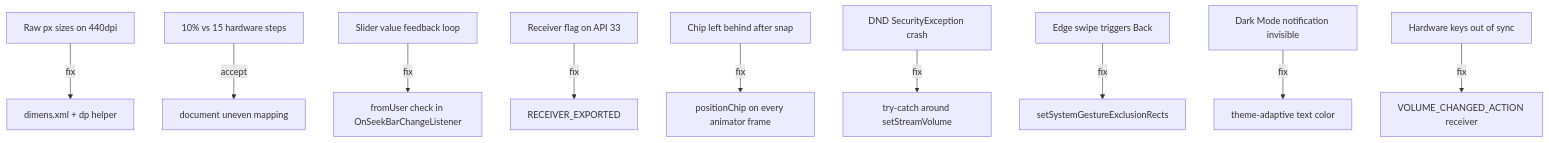
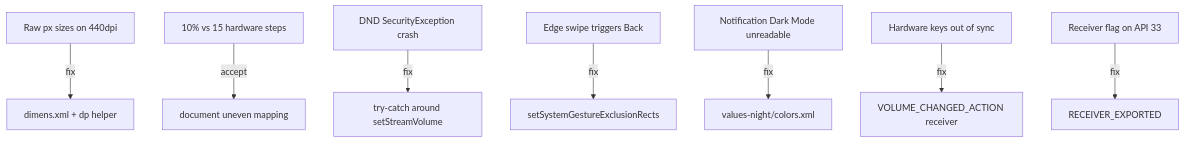
The diagram in docs/DECISIONS_AND_TRAPS.md (Mostakim2005/volume-manager), drawn with Mermaid before and after one commit. The commit also changed other lines of this file and 24 other files, not shown here.

Commit message:
feat(v1.2.0): implement rotated vertical volume slider, slim 28dp edge pill, and ultra-compact green ball notification

````diff
--- a/docs/DECISIONS_AND_TRAPS.md
+++ b/docs/DECISIONS_AND_TRAPS.md
@@ -40,12 +42,10 @@
 ```mermaid
 flowchart TD
     T1[Raw px sizes on 440dpi] -->|fix| D1[dimens.xml + dp helper]
     T2[10% vs 15 hardware steps] -->|accept| D2[document uneven mapping]
-    T3[Slider value feedback loop] -->|fix| D3[fromUser check in OnSeekBarChangeListener]
-    T4[Receiver flag on API 33] -->|fix| D4[RECEIVER_EXPORTED]
-    T5[Chip left behind after snap] -->|fix| D5[positionChip on every animator frame]
-    T6[DND SecurityException crash] -->|fix| D6[try-catch around setStreamVolume]
-    T7[Edge swipe triggers Back] -->|fix| D7[setSystemGestureExclusionRects]
-    T8[Dark Mode notification invisible] -->|fix| D8[theme-adaptive text color]
-    T9[Hardware keys out of sync] -->|fix| D9[VOLUME_CHANGED_ACTION receiver]
+    T3[DND SecurityException crash] -->|fix| D3[try-catch around setStreamVolume]
+    T4[Edge swipe triggers Back] -->|fix| D4[setSystemGestureExclusionRects]
+    T5[Notification Dark Mode unreadable] -->|fix| D5[values-night/colors.xml]
+    T6[Hardware keys out of sync] -->|fix| D6[VOLUME_CHANGED_ACTION receiver]
+    T7[Receiver flag on API 33] -->|fix| D7[RECEIVER_EXPORTED]
 ```
````
